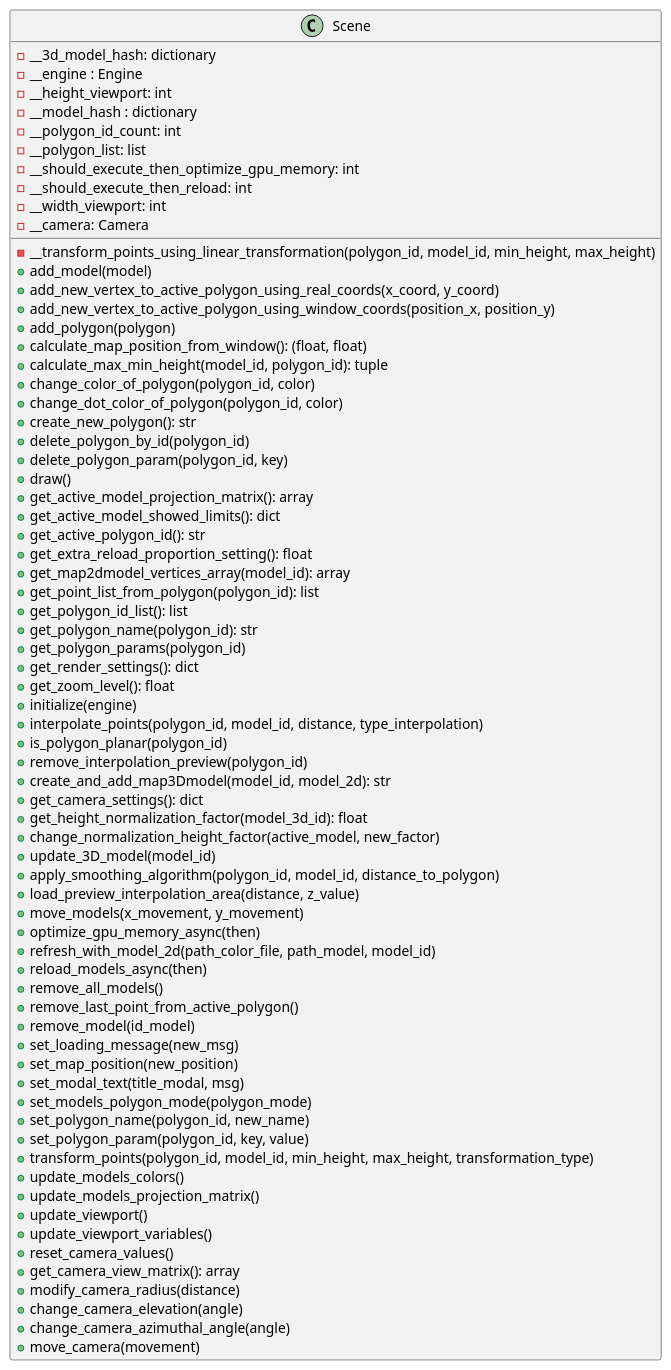
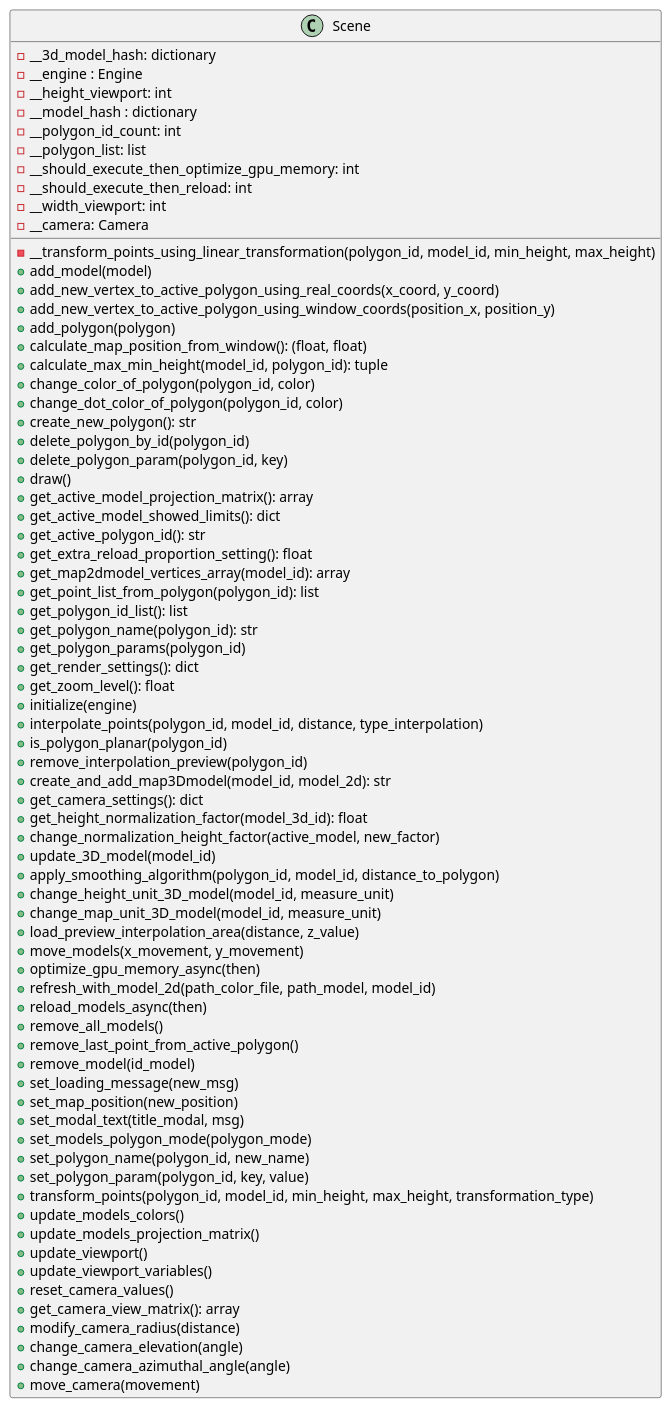
The diagram in docs/classes/Scene.puml (ferpoble2/Relief_Creator), drawn with PlantUML before and after one commit. The commit also changed 9 other files, not shown here.

```diff
--- a/docs/classes/Scene.puml
+++ b/docs/classes/Scene.puml
@@ -1,74 +1,76 @@
 @startuml
             class Scene{
                 - __transform_points_using_linear_transformation(polygon_id, model_id, min_height, max_height)
                 + add_model(model)
                 + add_new_vertex_to_active_polygon_using_real_coords(x_coord, y_coord)
                 + add_new_vertex_to_active_polygon_using_window_coords(position_x, position_y)
                 + add_polygon(polygon)
                 + calculate_map_position_from_window(): (float, float)
                 + calculate_max_min_height(model_id, polygon_id): tuple
                 + change_color_of_polygon(polygon_id, color)
                 + change_dot_color_of_polygon(polygon_id, color)
                 + create_new_polygon(): str
                 + delete_polygon_by_id(polygon_id)
                 + delete_polygon_param(polygon_id, key)
                 + draw()
                 + get_active_model_projection_matrix(): array
                 + get_active_model_showed_limits(): dict
                 + get_active_polygon_id(): str
                 + get_extra_reload_proportion_setting(): float
                 + get_map2dmodel_vertices_array(model_id): array
                 + get_point_list_from_polygon(polygon_id): list
                 + get_polygon_id_list(): list
                 + get_polygon_name(polygon_id): str
                 + get_polygon_params(polygon_id)
                 + get_render_settings(): dict
                 + get_zoom_level(): float
                 + initialize(engine)
                 + interpolate_points(polygon_id, model_id, distance, type_interpolation)
                 + is_polygon_planar(polygon_id)
                 + remove_interpolation_preview(polygon_id)
                 + create_and_add_map3Dmodel(model_id, model_2d): str
                 + get_camera_settings(): dict
                 + get_height_normalization_factor(model_3d_id): float
                 + change_normalization_height_factor(active_model, new_factor)
                 + update_3D_model(model_id)
                 + apply_smoothing_algorithm(polygon_id, model_id, distance_to_polygon)
+                + change_height_unit_3D_model(model_id, measure_unit)
+                + change_map_unit_3D_model(model_id, measure_unit)
                 + load_preview_interpolation_area(distance, z_value)
                 + move_models(x_movement, y_movement)
                 + optimize_gpu_memory_async(then)
                 + refresh_with_model_2d(path_color_file, path_model, model_id)
                 + reload_models_async(then)
                 + remove_all_models()
                 + remove_last_point_from_active_polygon()
                 + remove_model(id_model)
                 + set_loading_message(new_msg)
                 + set_map_position(new_position)
                 + set_modal_text(title_modal, msg)
                 + set_models_polygon_mode(polygon_mode)
                 + set_polygon_name(polygon_id, new_name)
                 + set_polygon_param(polygon_id, key, value)
                 + transform_points(polygon_id, model_id, min_height, max_height, transformation_type)
                 + update_models_colors()
                 + update_models_projection_matrix()
                 + update_viewport()
                 + update_viewport_variables()
                 + reset_camera_values()
                 + get_camera_view_matrix(): array
                 + modify_camera_radius(distance)
                 + change_camera_elevation(angle)
                 + change_camera_azimuthal_angle(angle)
                 + move_camera(movement)
 
                 - __3d_model_hash: dictionary
                 - __engine : Engine
                 - __height_viewport: int
                 - __model_hash : dictionary
                 - __polygon_id_count: int
                 - __polygon_list: list
                 - __should_execute_then_optimize_gpu_memory: int
                 - __should_execute_then_reload: int
                 - __width_viewport: int
                 - __camera: Camera
             }
 @enduml
```
